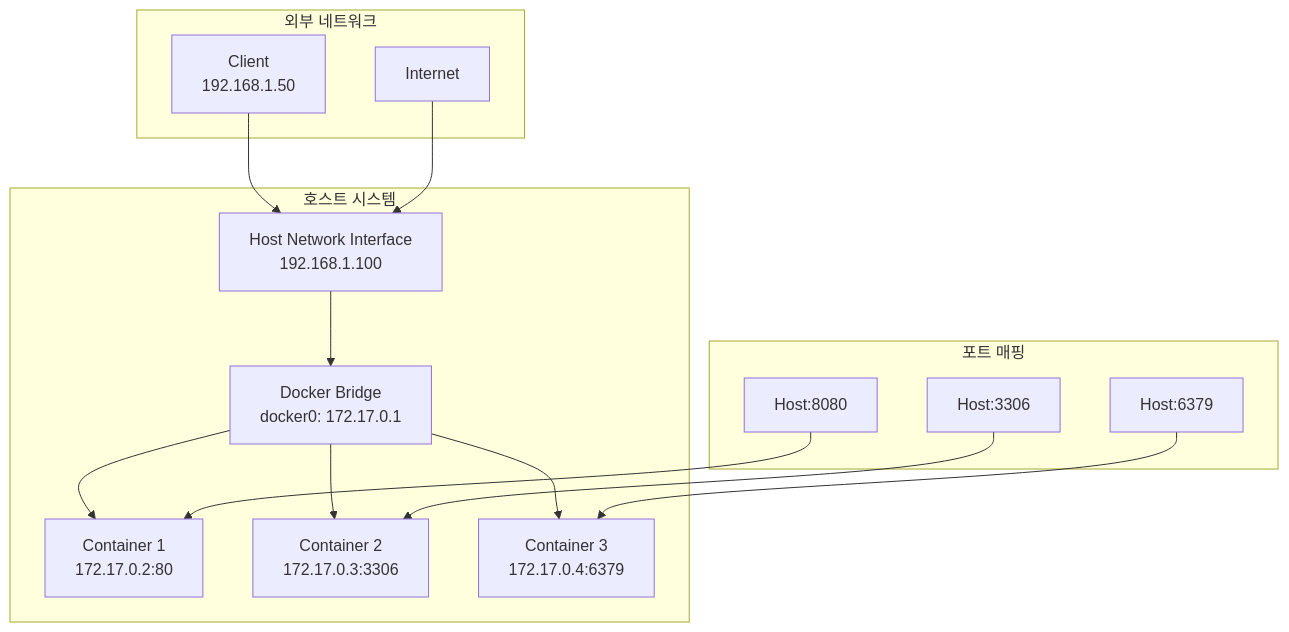
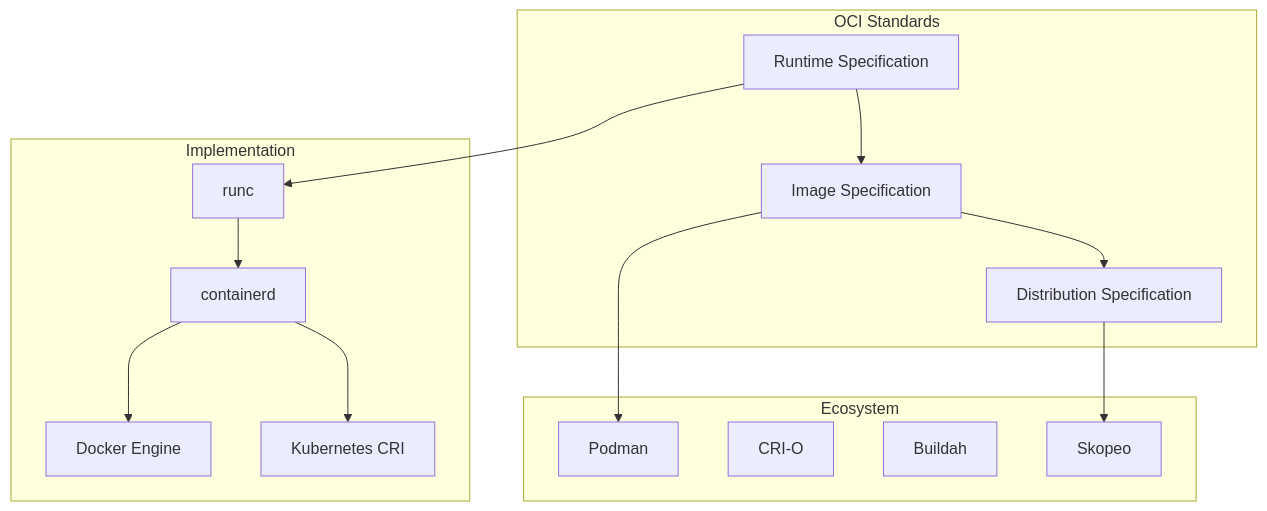
Before and after one commit to niceguy61/kdt_devops_lecture_2025: the first of 2 diagrams in week_02/day_01/session_07.md, drawn with Mermaid. The commit also changed other lines of this file and 41 other files, not shown here.

````diff
--- a/week_02/day_01/session_07.md
+++ b/week_02/day_01/session_07.md
@@ -15,20 +15,24 @@
 ```mermaid
 graph TB
-    subgraph "호스트 시스템"
-        A[Host Network Interface<br/>192.168.1.100] --> B[Docker Bridge<br/>docker0: 172.17.0.1]
-        B --> C[Container 1<br/>172.17.0.2:80]
-        B --> D[Container 2<br/>172.17.0.3:3306]
-        B --> E[Container 3<br/>172.17.0.4:6379]
+    subgraph "OCI Standards"
+        A[Runtime Specification] --> B[Image Specification]
+        B --> C[Distribution Specification]
     end
     
-    subgraph "외부 네트워크"
-        F[Client<br/>192.168.1.50] --> A
-        G[Internet] --> A
+    subgraph "Implementation"
+        D[runc] --> E[containerd]
+        E --> F[Docker Engine]
+        E --> G[Kubernetes CRI]
     end
     
-    subgraph "포트 매핑"
-        H[Host:8080] --> C
-        I[Host:3306] --> D
-        J[Host:6379] --> E
+    subgraph "Ecosystem"
+        H[Podman]
+        I[CRI-O]
+        J[Buildah]
+        K[Skopeo]
     end
+    
+    A --> D
+    B --> H
+    C --> K
 ```
````
